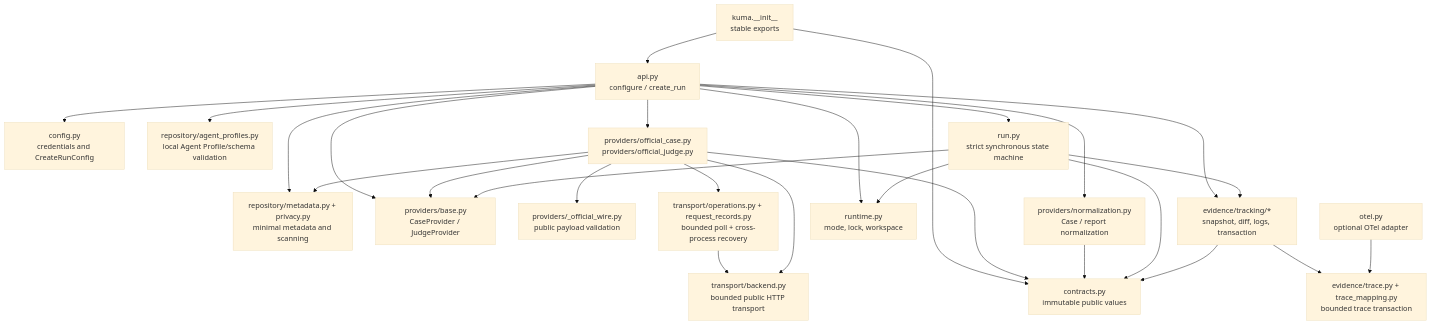
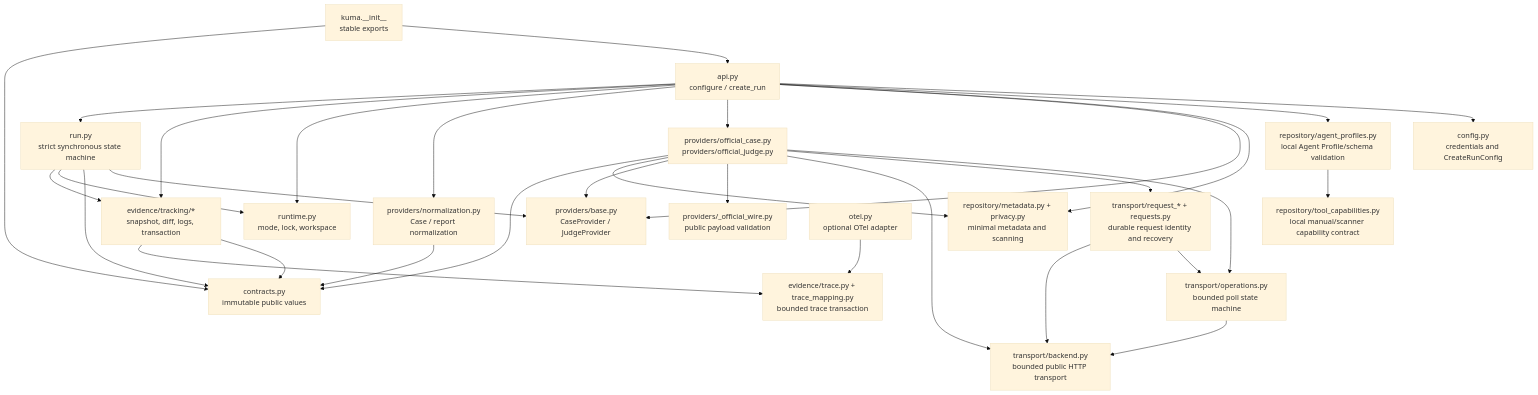
One commit to DDai22/KUMA-DefuzeX changed the second of 6 diagrams in docs/architecture.md. Above: the diagram before and after it, drawn with Mermaid (base theme). The commit also changed other lines of this file and 68 other files, not shown here.

````diff
--- a/docs/architecture.md
+++ b/docs/architecture.md
@@ -39,47 +49,53 @@
 ```mermaid
 flowchart TD
     Init["kuma.__init__<br/>stable exports"]
     API["api.py<br/>configure / create_run"]
     Config["config.py<br/>credentials and CreateRunConfig"]
-    Profile["repository/agent_profiles.py<br/>local Agent Profile/schema validation"]
+    Req["repository/agent_profiles.py<br/>local Agent Profile/schema validation"]
+    ToolCaps["repository/tool_capabilities.py<br/>local manual/scanner capability contract"]
     Repo["repository/metadata.py + privacy.py<br/>minimal metadata and scanning"]
     ProviderPort["providers/base.py<br/>CaseProvider / JudgeProvider"]
     Official["providers/official_case.py<br/>providers/official_judge.py"]
     Wire["providers/_official_wire.py<br/>public payload validation"]
     Transport["transport/backend.py<br/>bounded public HTTP transport"]
     Normalize["providers/normalization.py<br/>Case / report normalization"]
     Run["run.py<br/>strict synchronous state machine"]
-    Operations["transport/operations.py + request_records.py<br/>bounded poll + cross-process recovery"]
+    Operations["transport/operations.py<br/>bounded poll state machine"]
+    Requests["transport/request_* + requests.py<br/>durable request identity and recovery"]
     Contracts["contracts.py<br/>immutable public values"]
     Runtime["runtime.py<br/>mode, lock, workspace"]
     Evidence["evidence/tracking/*<br/>snapshot, diff, logs, transaction"]
     Trace["evidence/trace.py + trace_mapping.py<br/>bounded trace transaction"]
     OTel["otel.py<br/>optional OTel adapter"]
 
     Init --> API
     Init --> Contracts
     API --> Config
-    API --> Profile
+    API --> Req
+    Req --> ToolCaps
     API --> Repo
     API --> ProviderPort
     API --> Official
     API --> Normalize
     API --> Runtime
     API --> Evidence
     API --> Run
     Official --> Operations
+    Official --> Requests
+    Requests --> Operations
+    Requests --> Transport
     Operations --> Transport
     Official --> Transport
     Official --> Wire
     Official --> ProviderPort
     Official --> Repo
     Official --> Contracts
     Normalize --> Contracts
     Run --> ProviderPort
     Run --> Contracts
     Run --> Runtime
     Run --> Evidence
     Evidence --> Contracts
     Evidence --> Trace
     OTel --> Trace
 ```
````
